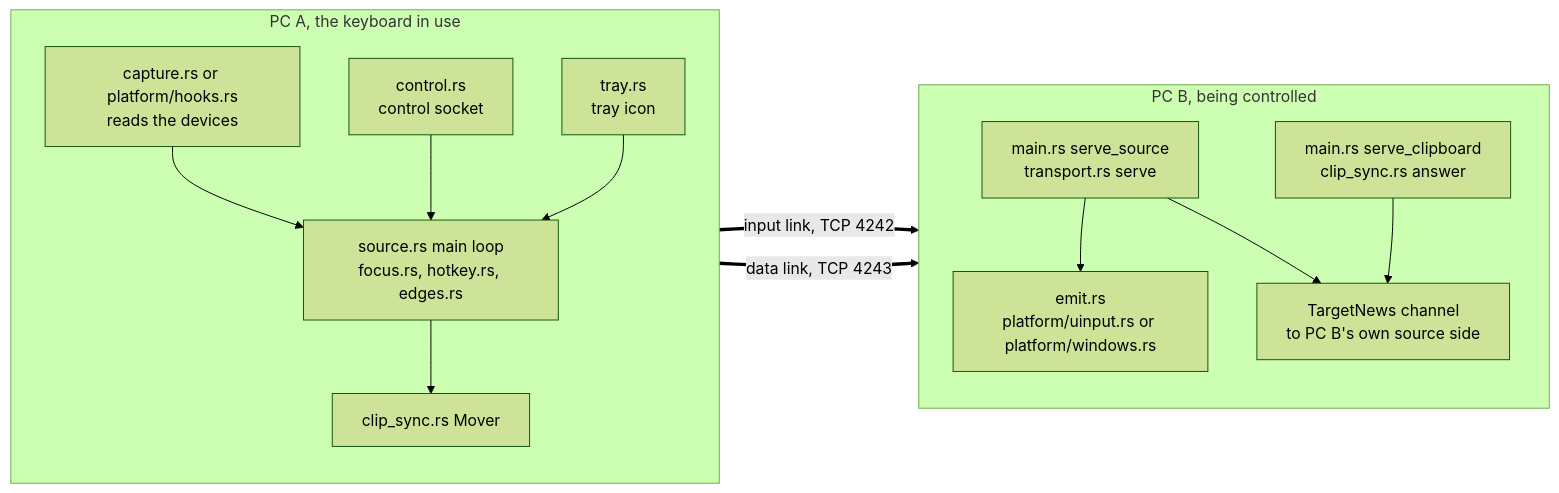
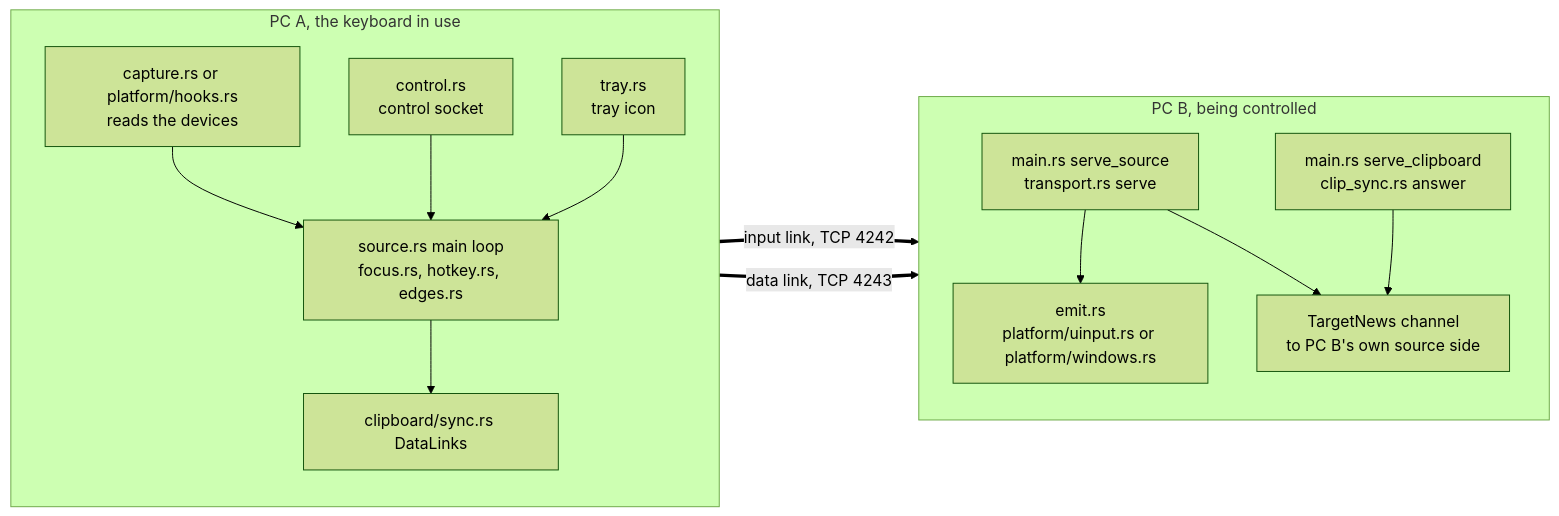
The second of 3 diagrams in docs/architecture.md (EduardoMG12/mickey), drawn with Mermaid (forest theme) before and after one commit. The commit also changed other lines of this file and 22 other files, not shown here.

````diff
--- a/docs/architecture.md
+++ b/docs/architecture.md
@@ -63,27 +63,27 @@
 ```mermaid
 flowchart LR
     subgraph pcA["PC A, the keyboard in use"]
         direction TB
         capA["capture.rs or platform/hooks.rs<br/>reads the devices"]
         loopA["source.rs main loop<br/>focus.rs, hotkey.rs, edges.rs"]
-        moverA["clip_sync.rs Mover"]
+        moverA["clipboard/sync.rs DataLinks"]
         ctlA["control.rs<br/>control socket"]
         trayA["tray.rs<br/>tray icon"]
         capA --> loopA
         ctlA --> loopA
         trayA --> loopA
         loopA --> moverA
     end
     subgraph pcB["PC B, being controlled"]
         direction TB
         serveB["main.rs serve_source<br/>transport.rs serve"]
         emitB["emit.rs<br/>platform/uinput.rs or platform/windows.rs"]
         dataB["main.rs serve_clipboard<br/>clip_sync.rs answer"]
         newsB["TargetNews channel<br/>to PC B's own source side"]
         serveB --> emitB
         serveB --> newsB
         dataB --> newsB
     end
     loopA ==>|input link, TCP 4242| serveB
     moverA ==>|data link, TCP 4243| dataB
 ```
````
